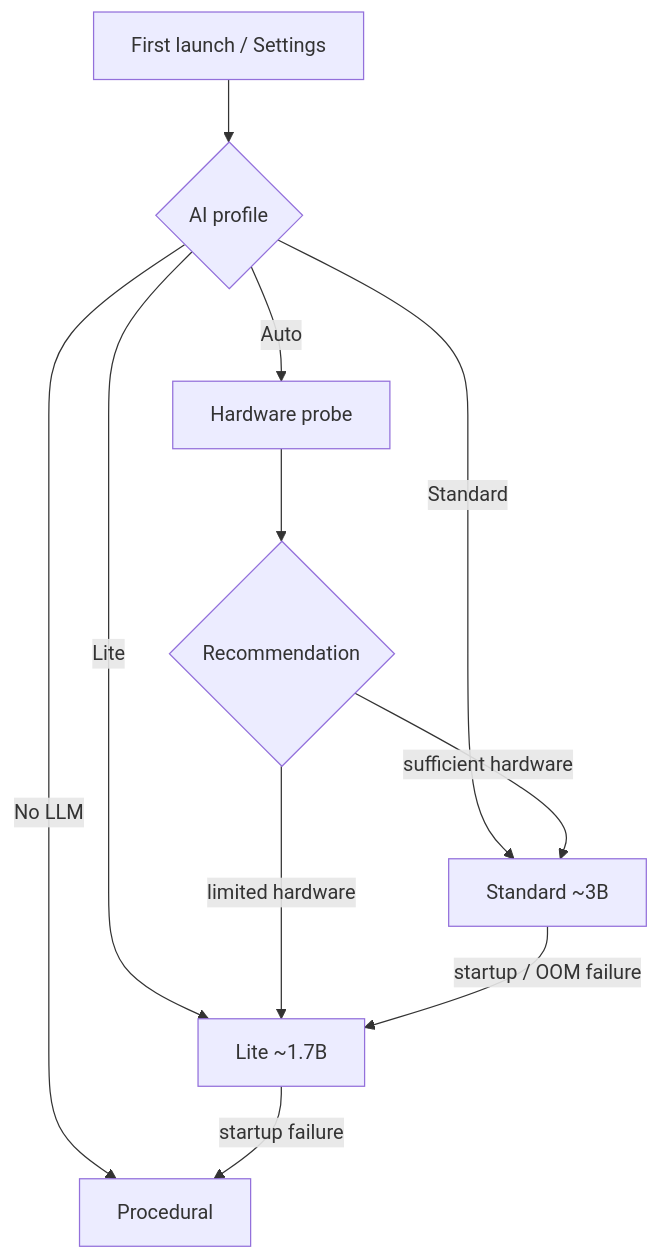
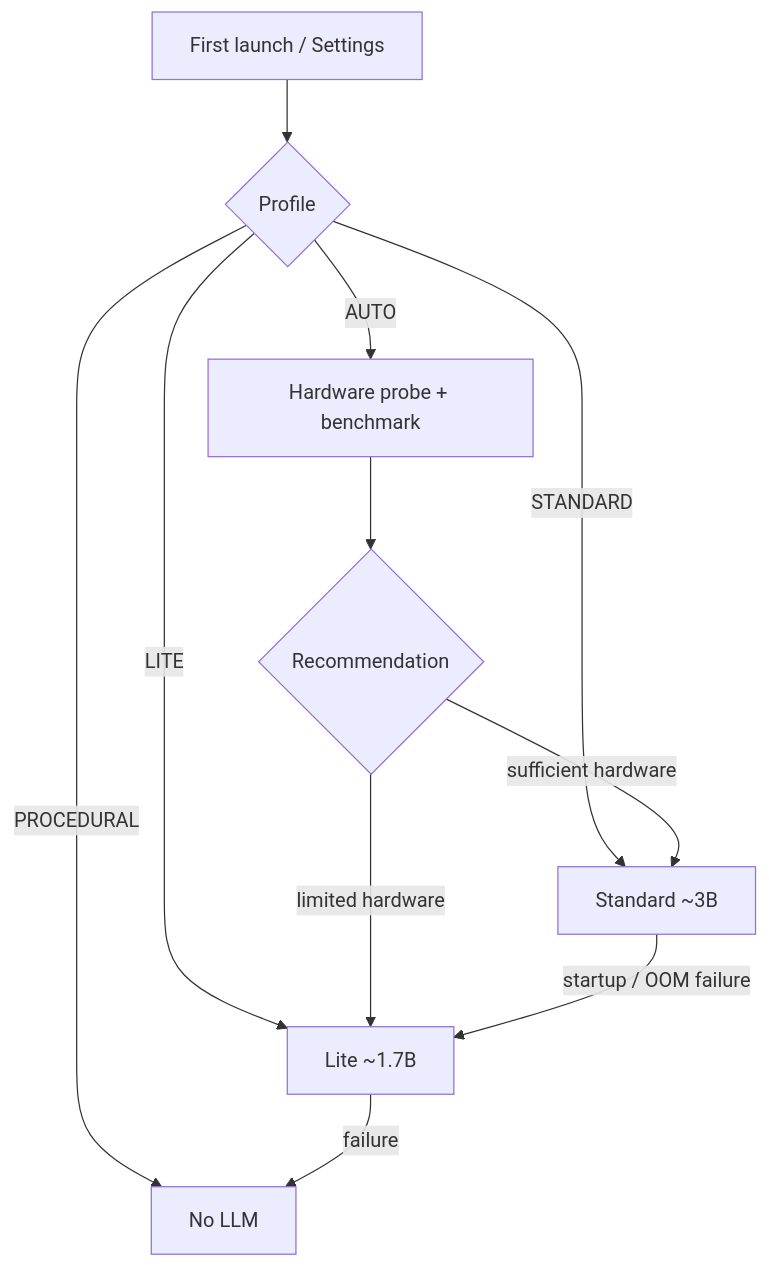
One commit to Simus100/chronosaga_the_game changed the seventh of 11 diagrams in README.md. Above: the diagram before and after it, drawn with Mermaid. The commit also changed other lines of this file, not shown here.

Commit message:
docs: make README Windows-first and document P0 roadmap

````diff
--- a/README.md
+++ b/README.md
@@ -352,16 +279,15 @@
 ```mermaid
 flowchart TD
-    START[First launch / Settings] --> AUTO{AI profile}
+    A[First launch / Settings] --> B{Profile}
+    B -->|AUTO| P[Hardware probe + benchmark]
+    B -->|LITE| L[Lite ~1.7B]
+    B -->|STANDARD| S[Standard ~3B]
+    B -->|PROCEDURAL| F[No LLM]
 
-    AUTO -->|Auto| PROBE[Hardware probe]
-    AUTO -->|Lite| LITE[Lite ~1.7B]
-    AUTO -->|Standard| STD[Standard ~3B]
-    AUTO -->|No LLM| PROC[Procedural]
+    P --> R{Recommendation}
+    R -->|limited hardware| L
+    R -->|sufficient hardware| S
 
-    PROBE --> REC{Recommendation}
-    REC -->|limited hardware| LITE
-    REC -->|sufficient hardware| STD
-
-    STD -->|startup / OOM failure| LITE
-    LITE -->|startup failure| PROC
+    S -->|startup / OOM failure| L
+    L -->|failure| F
 ```
````
